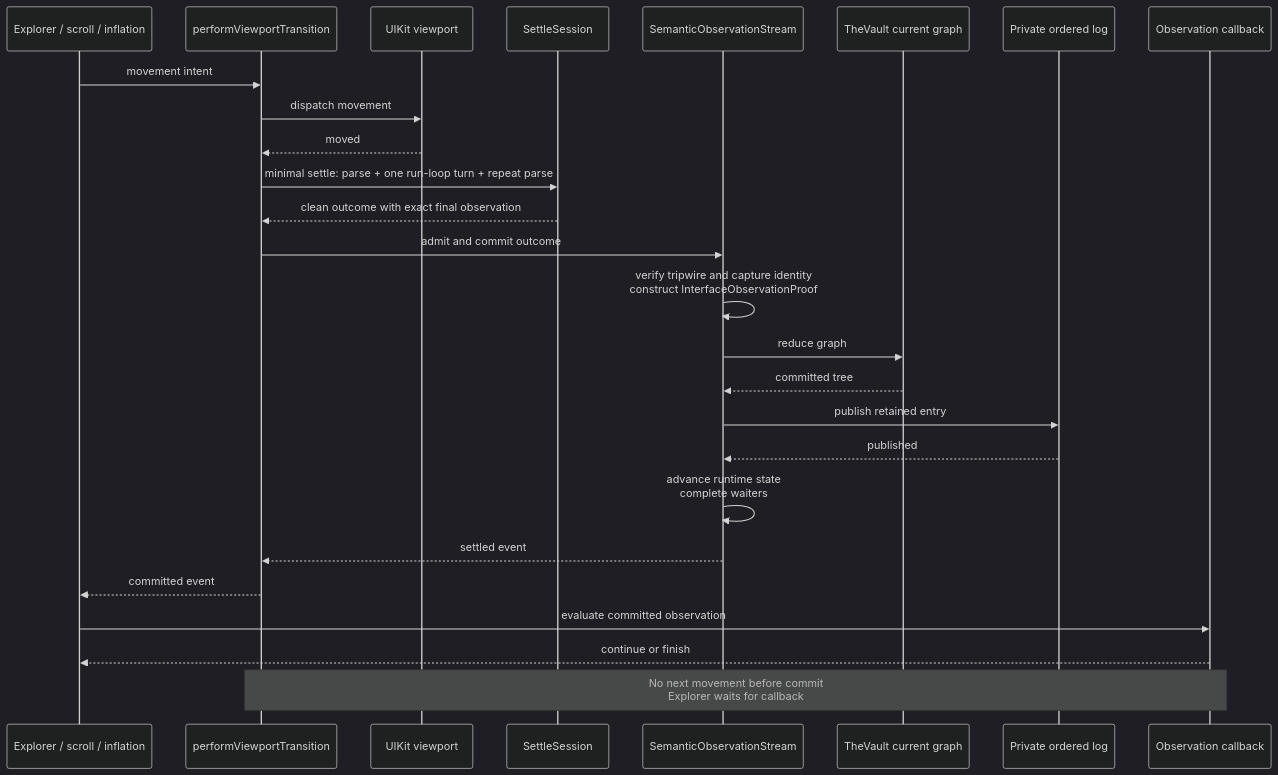
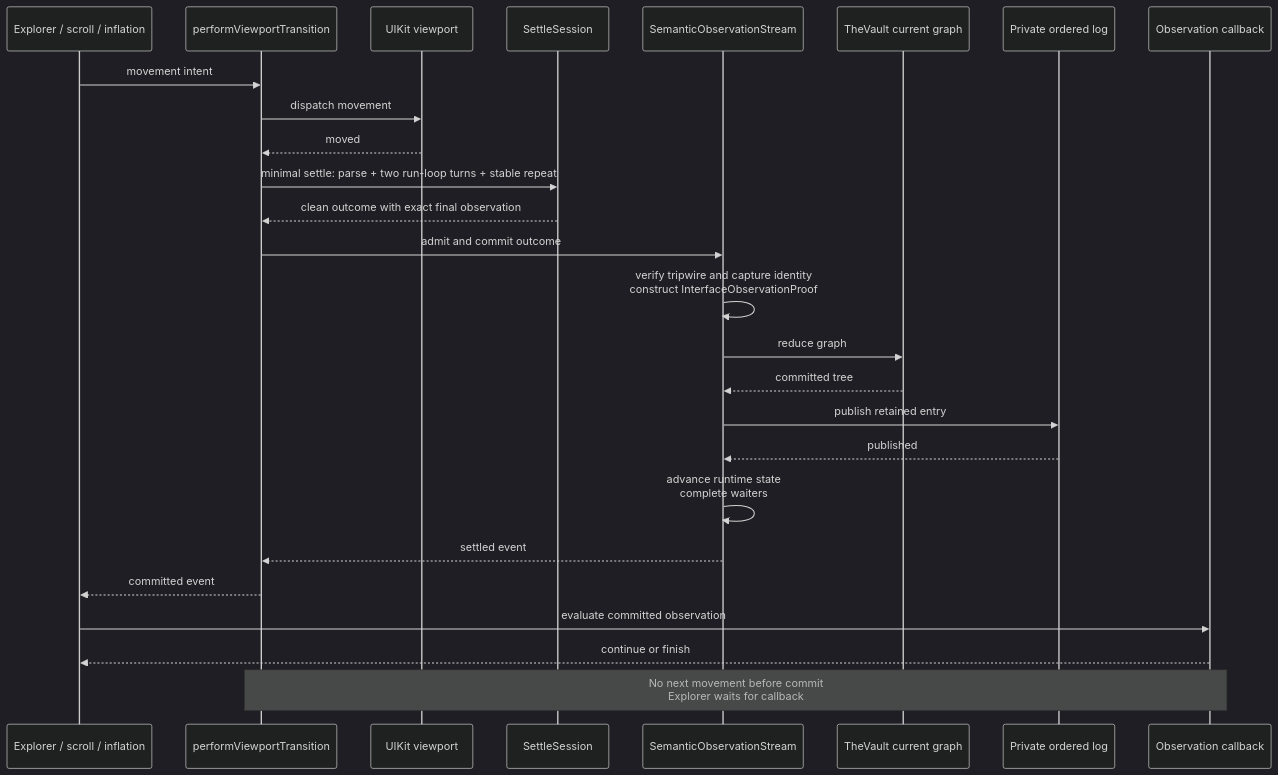
One commit to RoyalPineapple/TheButtonHeist changed the second of 5 diagrams in docs/diagrams/observation-pipeline.md. Above: the diagram before and after it, drawn with Mermaid (dark theme). The commit also changed other lines of this file and 3 other files, not shown here.

````diff
--- a/docs/diagrams/observation-pipeline.md
+++ b/docs/diagrams/observation-pipeline.md
@@ -112,29 +119,29 @@
 ```mermaid
 sequenceDiagram
     participant Caller as Explorer / scroll / inflation
     participant Transition as performViewportTransition
     participant UIKit as UIKit viewport
     participant Settle as SettleSession
     participant Stream as SemanticObservationStream
     participant Graph as TheVault current graph
     participant Log as Private ordered log
     participant Callback as Observation callback
 
     Caller->>Transition: movement intent
     Transition->>UIKit: dispatch movement
     UIKit-->>Transition: moved
-    Transition->>Settle: minimal settle: parse + one run-loop turn + repeat parse
+    Transition->>Settle: minimal settle: parse + two run-loop turns + stable repeat
     Settle-->>Transition: clean outcome with exact final observation
     Transition->>Stream: admit and commit outcome
     Stream->>Stream: verify tripwire and capture identity<br/>construct InterfaceObservationProof
     Stream->>Graph: reduce graph
     Graph-->>Stream: committed tree
     Stream->>Log: publish retained entry
     Log-->>Stream: published
     Stream->>Stream: advance runtime state<br/>complete waiters
     Stream-->>Transition: settled event
     Transition-->>Caller: committed event
     Caller->>Callback: evaluate committed observation
     Callback-->>Caller: continue or finish
     Note over Transition,Callback: No next movement before commit<br/>Explorer waits for callback
 ```
````
